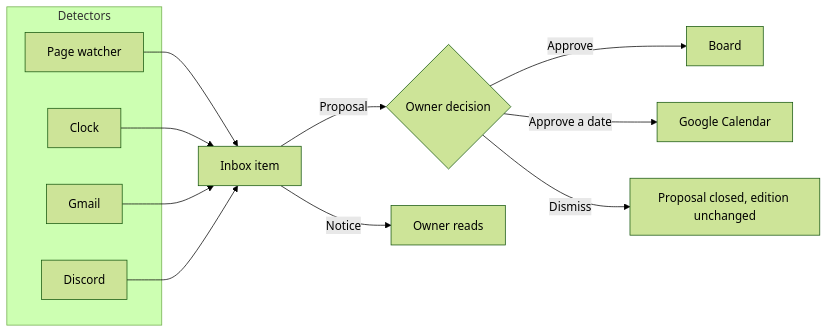
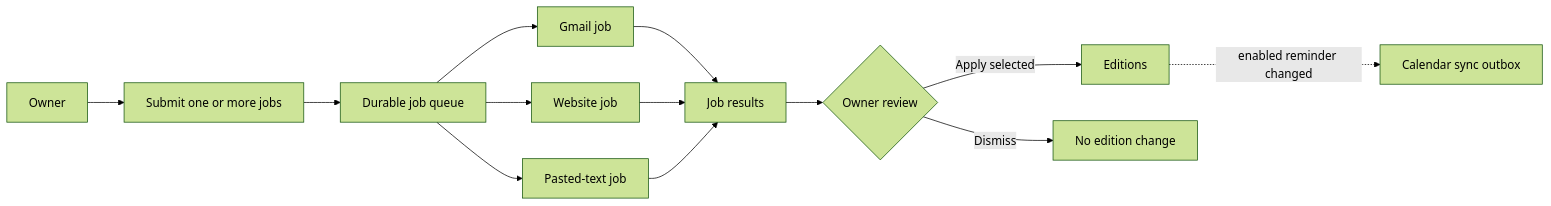
One commit to leav/expo_tracker changed the first of 4 diagrams in docs/DESIGN.md. Above: the diagram before and after it, drawn with Mermaid (forest theme). The commit also changed other lines of this file, not shown here.

````diff
--- a/docs/DESIGN.md
+++ b/docs/DESIGN.md
@@ -69,19 +77,15 @@
 ```mermaid
 flowchart LR
-  subgraph detectors[Detectors]
-    page[Page watcher]
-    clock[Clock]
-    mail[Gmail]
-    discord[Discord]
-  end
-
-  page --> inbox[Inbox item]
-  clock --> inbox
-  mail --> inbox
-  discord --> inbox
-  inbox -->|Proposal| decision{Owner decision}
-  inbox -->|Notice| read[Owner reads]
-  decision -->|Approve| board[Board]
-  decision -->|Approve a date| cal[Google Calendar]
-  decision -->|Dismiss| nochange[Proposal closed, edition unchanged]
+  owner[Owner] --> submit[Submit one or more jobs]
+  submit --> queue[Durable job queue]
+  queue --> mail[Gmail job]
+  queue --> page[Website job]
+  queue --> text[Pasted-text job]
+  mail --> results[Job results]
+  page --> results
+  text --> results
+  results --> decision{Owner review}
+  decision -->|Apply selected| editions[Editions]
+  decision -->|Dismiss| nochange[No edition change]
+  editions -. enabled reminder changed .-> calendar[Calendar sync outbox]
 ```
````
